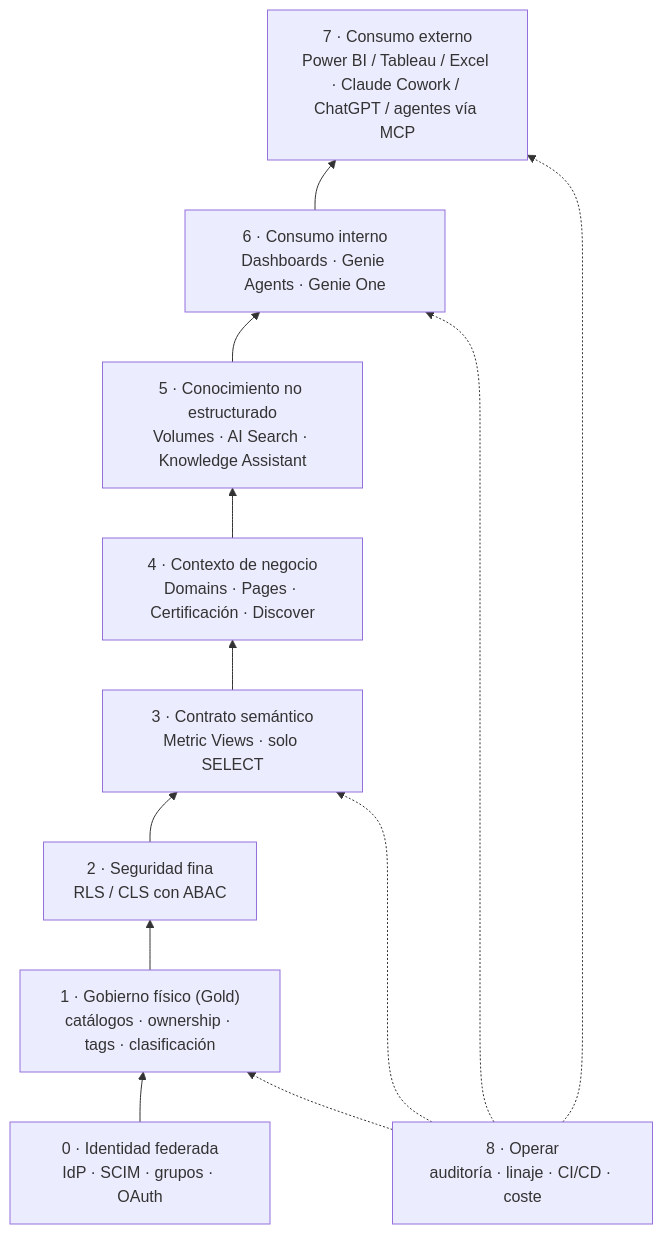
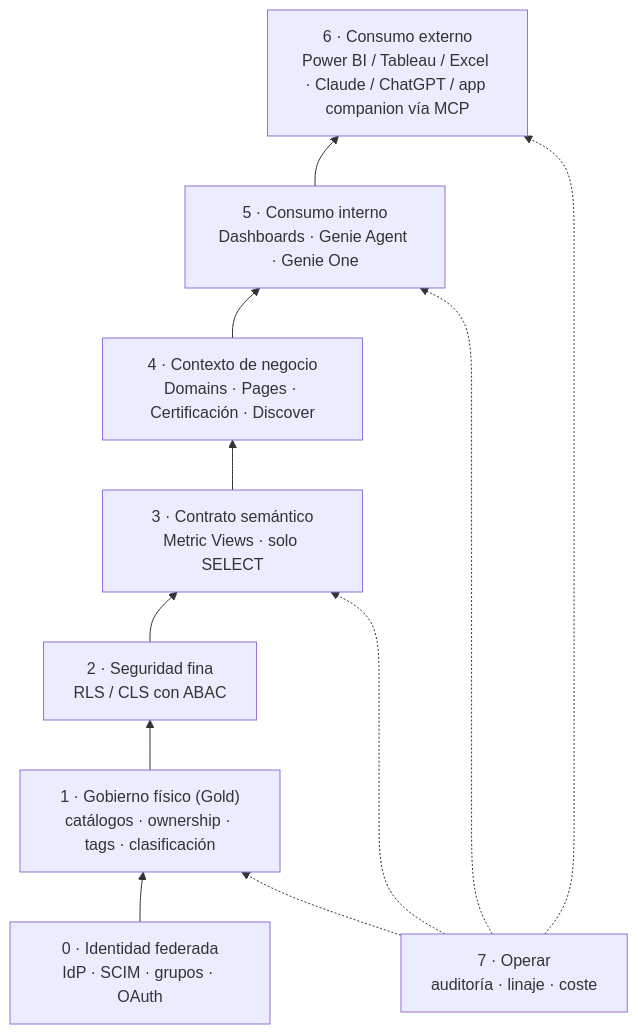
Before and after one commit to lucas-romeo-org/semantics-governance-workshop: the diagram in docs/design/WORKSHOP_DESIGN.es.md, drawn with Mermaid. The commit also changed other lines of this file and 8 other files, not shown here.

First line of the commit message:
Docs coherence with the app: 8 steps, step 7 via the companion app (OBO MCP client), real numbers

````diff
--- a/docs/design/WORKSHOP_DESIGN.es.md
+++ b/docs/design/WORKSHOP_DESIGN.es.md
@@ -41,14 +43,13 @@
 ```mermaid
 flowchart BT
   L0["0 · Identidad federada<br/>IdP · SCIM · grupos · OAuth"]
   L1["1 · Gobierno físico (Gold)<br/>catálogos · ownership · tags · clasificación"]
   L2["2 · Seguridad fina<br/>RLS / CLS con ABAC"]
   L3["3 · Contrato semántico<br/>Metric Views · solo SELECT"]
   L4["4 · Contexto de negocio<br/>Domains · Pages · Certificación · Discover"]
-  L5["5 · Conocimiento no estructurado<br/>Volumes · AI Search · Knowledge Assistant"]
-  L6["6 · Consumo interno<br/>Dashboards · Genie Agents · Genie One"]
-  L7["7 · Consumo externo<br/>Power BI / Tableau / Excel · Claude Cowork / ChatGPT / agentes vía MCP"]
-  L8["8 · Operar<br/>auditoría · linaje · CI/CD · coste"]
-  L0 --> L1 --> L2 --> L3 --> L4 --> L5 --> L6 --> L7
-  L8 -.-> L1 & L3 & L6 & L7
+  L5["5 · Consumo interno<br/>Dashboards · Genie Agent · Genie One"]
+  L6["6 · Consumo externo<br/>Power BI / Tableau / Excel · Claude / ChatGPT / app companion vía MCP"]
+  L7["7 · Operar<br/>auditoría · linaje · coste"]
+  L0 --> L1 --> L2 --> L3 --> L4 --> L5 --> L6
+  L7 -.-> L1 & L3 & L5 & L6
 ```
````
